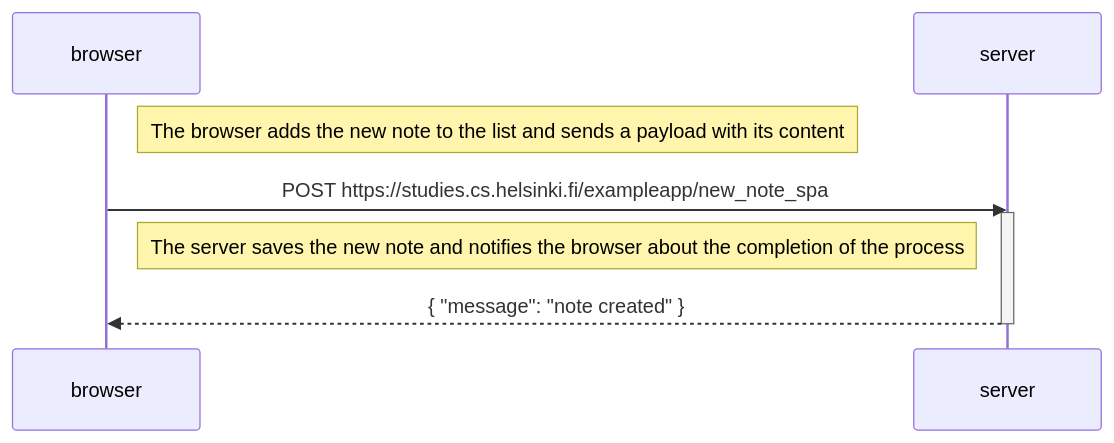
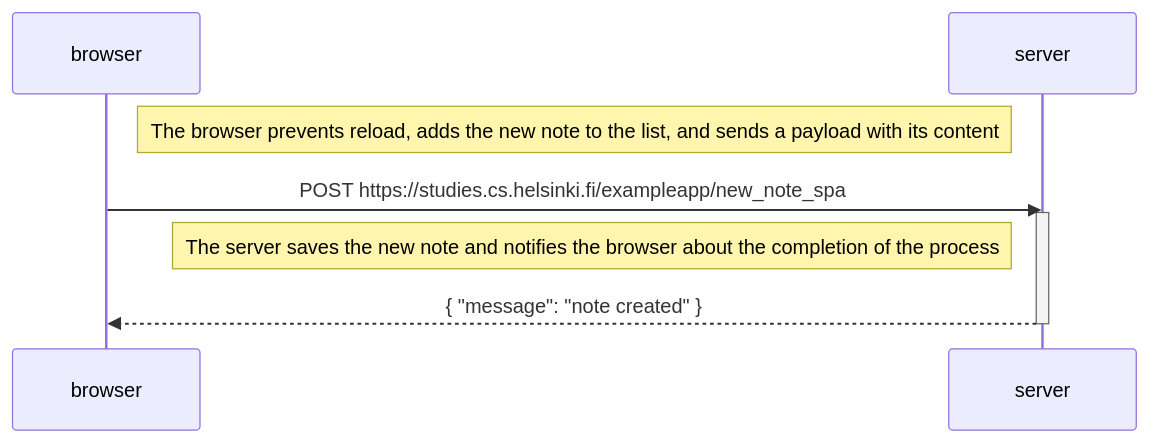
One commit to isk4/fso changed the diagram in part0/0.6.md. Above: the diagram before and after it, drawn with Mermaid.

Commit message:
part0: refine ex 0.6 descriptions

````diff
--- a/part0/0.6.md
+++ b/part0/0.6.md
@@ -3,12 +3,12 @@
 ```mermaid
     sequenceDiagram
         participant browser
         participant server
 
-        Note right of browser: The browser adds the new note to the list and sends a payload with its content
+        Note right of browser: The browser prevents reload, adds the new note to the list, and sends a payload with its content
         browser->>server: POST https://studies.cs.helsinki.fi/exampleapp/new_note_spa
         activate server
         Note left of server: The server saves the new note and notifies the browser about the completion of the process
         server-->>browser: { "message": "note created" }
         deactivate server
 ```
````
